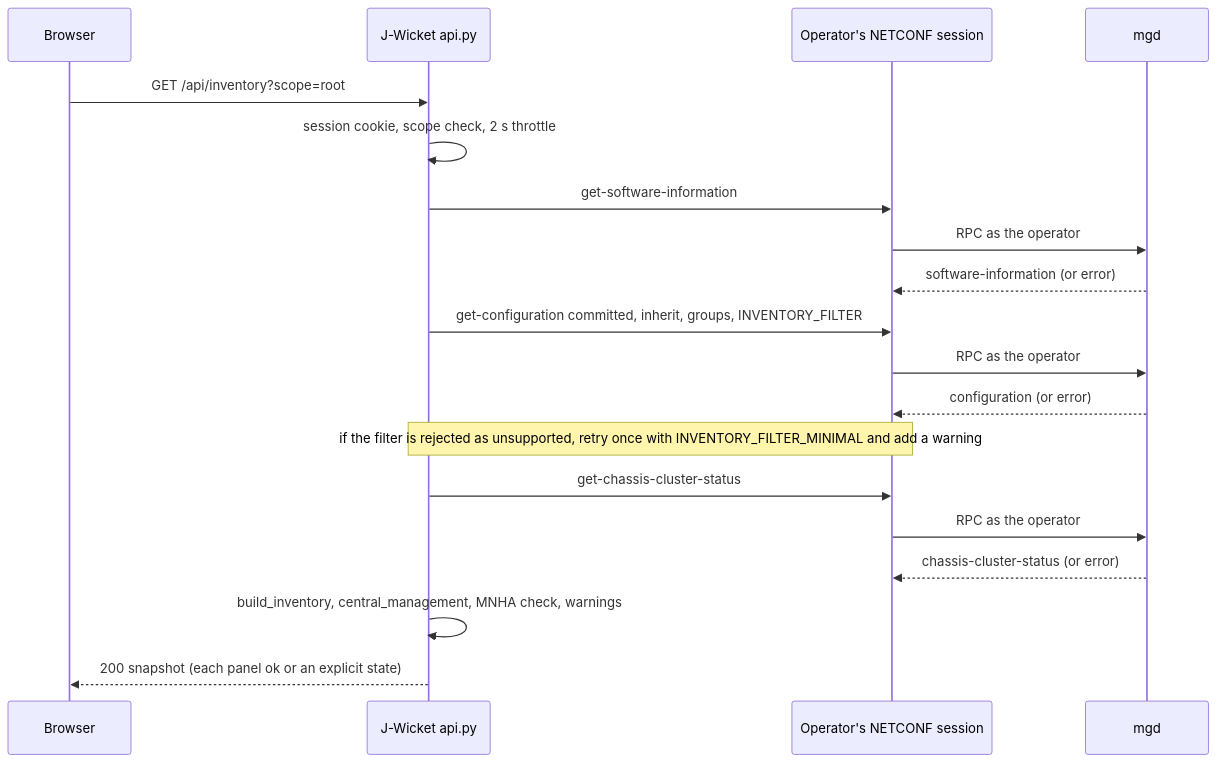
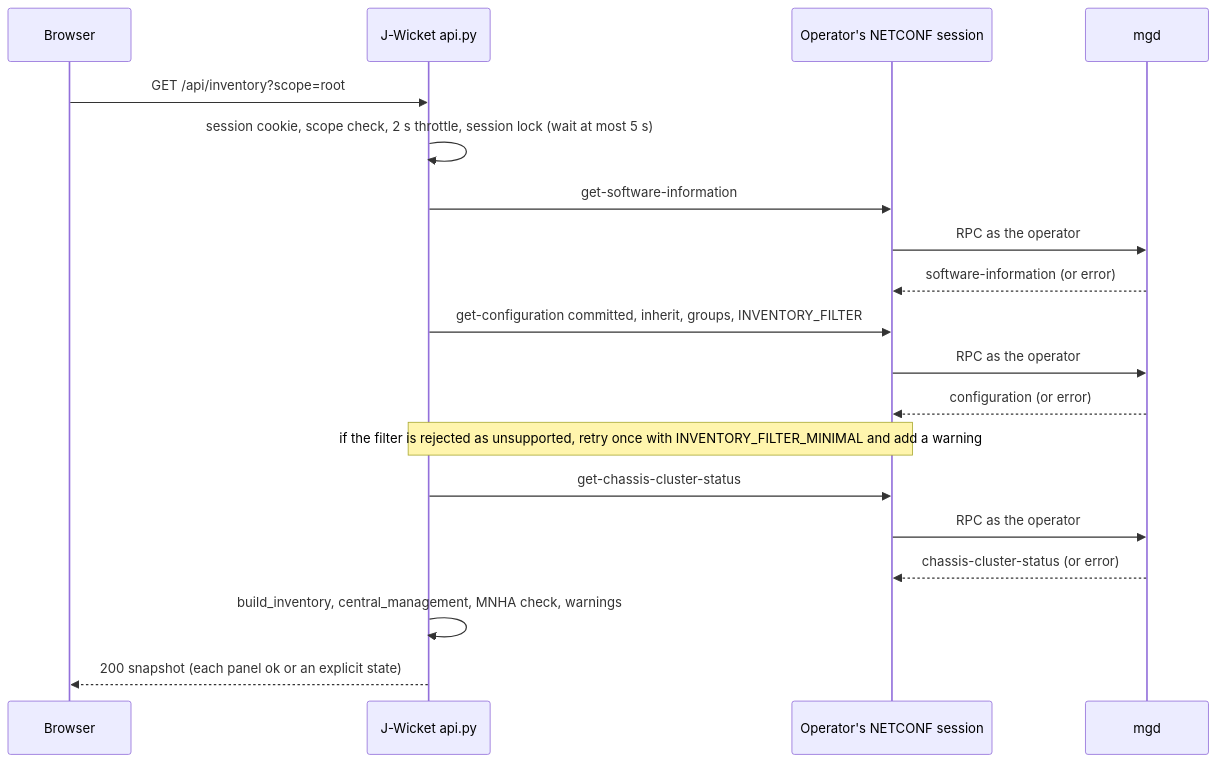
Before and after one commit to robertsonc/jwicket: the first of 3 diagrams in docs/specs/001-policy-inventory.md, drawn with Mermaid. The commit also changed other lines of this file and 45 other files, not shown here.

````diff
--- a/docs/specs/001-policy-inventory.md
+++ b/docs/specs/001-policy-inventory.md
@@ -142,21 +147,21 @@
 ```mermaid
 sequenceDiagram
     participant B as Browser
     participant A as J-Wicket api.py
     participant S as Operator's NETCONF session
     participant M as mgd
     B->>A: GET /api/inventory?scope=root
-    A->>A: session cookie, scope check, 2 s throttle
+    A->>A: session cookie, scope check, 2 s throttle, session lock (wait at most 5 s)
     A->>S: get-software-information
     S->>M: RPC as the operator
     M-->>S: software-information (or error)
     A->>S: get-configuration committed, inherit, groups, INVENTORY_FILTER
     S->>M: RPC as the operator
     M-->>S: configuration (or error)
     Note over A,S: if the filter is rejected as unsupported, retry once with INVENTORY_FILTER_MINIMAL and add a warning
     A->>S: get-chassis-cluster-status
     S->>M: RPC as the operator
     M-->>S: chassis-cluster-status (or error)
     A->>A: build_inventory, central_management, MNHA check, warnings
     A-->>B: 200 snapshot (each panel ok or an explicit state)
 ```
````
